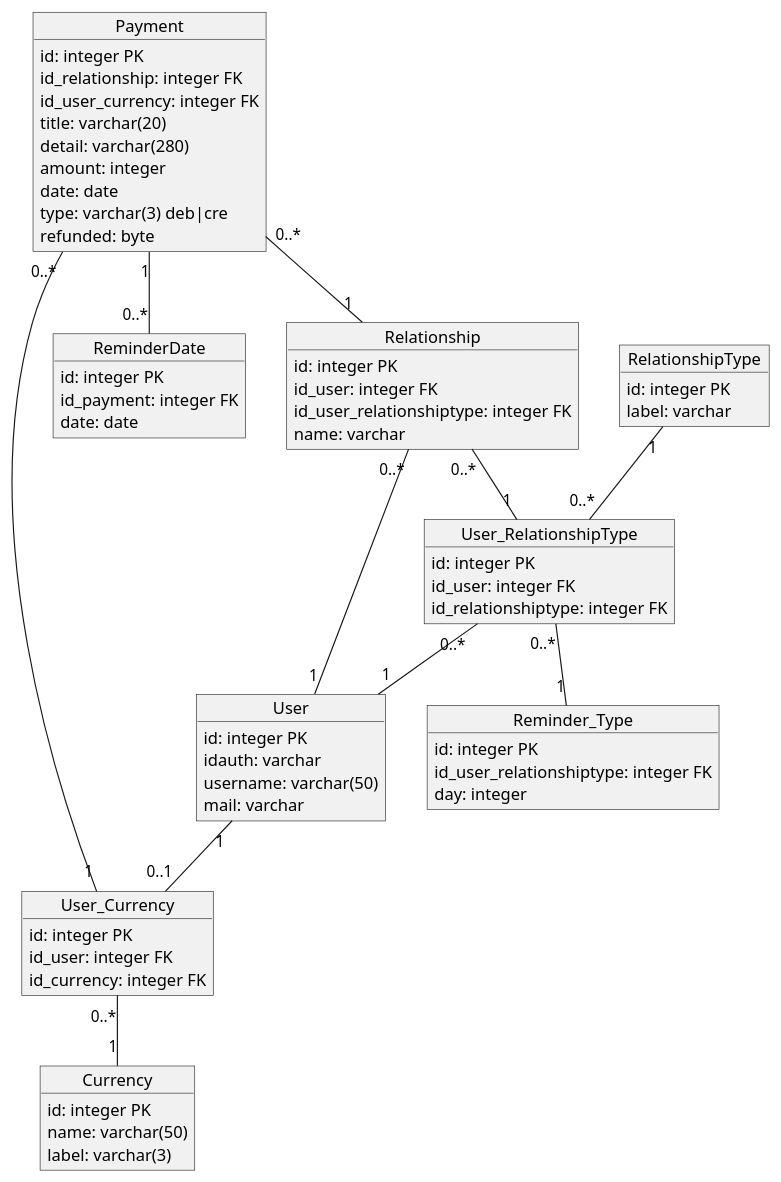
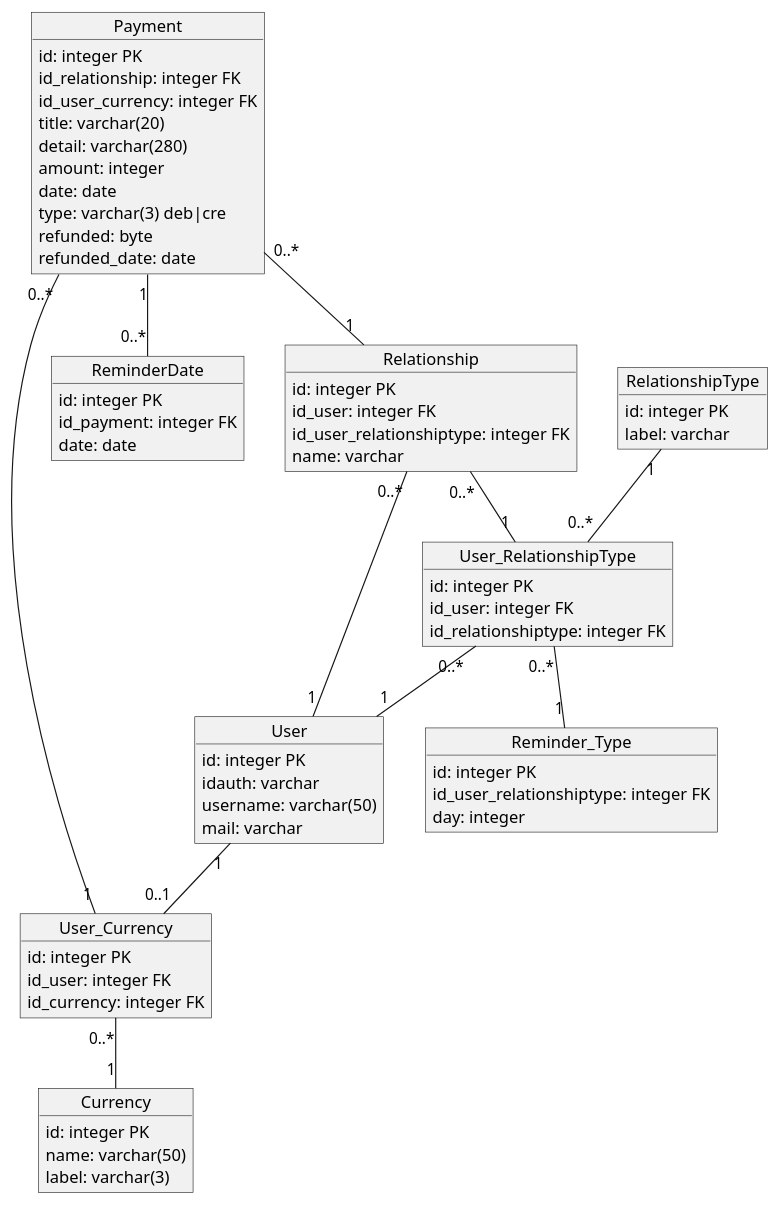
Before and after one commit to kingdomflo/M-A-R-X_Backend: the diagram in plantUml/class.puml, drawn with PlantUML. The commit also changed 13 other files, not shown here.

```diff
--- a/plantUml/class.puml
+++ b/plantUml/class.puml
@@ -1,73 +1,74 @@
 @startuml class
 object User {
   id: integer PK
   idauth: varchar
   username: varchar(50)
   mail: varchar
 }
 
 object Relationship {
   id: integer PK
   id_user: integer FK
   id_user_relationshiptype: integer FK
   name: varchar
 }
 
 object RelationshipType {
   id: integer PK
   label: varchar
 }
 
 object User_RelationshipType {
   id: integer PK
   id_user: integer FK
   id_relationshiptype: integer FK
 }
 
 object Reminder_Type {
   id: integer PK
   id_user_relationshiptype: integer FK
   day: integer
 }
 
 object Currency {
   id: integer PK
   name: varchar(50)
   label: varchar(3)
 }
 
 object User_Currency {
   id: integer PK
   id_user: integer FK
   id_currency: integer FK
 }
 
 object Payment {
   id: integer PK
   id_relationship: integer FK
   id_user_currency: integer FK
   title: varchar(20)
   detail: varchar(280)
   amount: integer
   date: date
   type: varchar(3) deb|cre
   refunded: byte
+  refunded_date: date
 }
 
 object ReminderDate {
   id: integer PK
   id_payment: integer FK
   date: date
 }
 
 Relationship "0..*" -- "1" User
 Relationship "0..*" -- "1" User_RelationshipType
 RelationshipType "1" -- "0..*" User_RelationshipType
 User_RelationshipType "0..*" -- "1" User
 User_RelationshipType "0..*" -- "1" Reminder_Type
 User_Currency "0..*" -- "1" Currency
 User "1" -- "0..1" User_Currency
 Payment "0..*" -- "1" Relationship
 Payment "0..*" -- "1" User_Currency
 Payment "1" -- "0..*" ReminderDate
 @enduml
```
